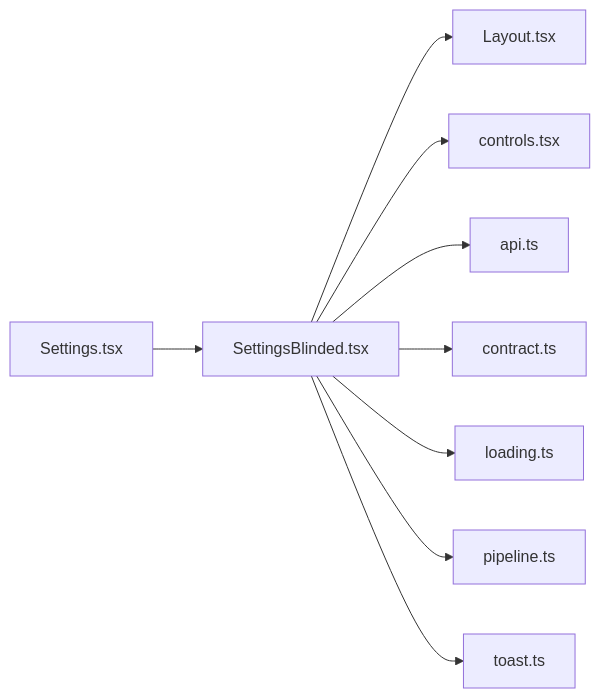
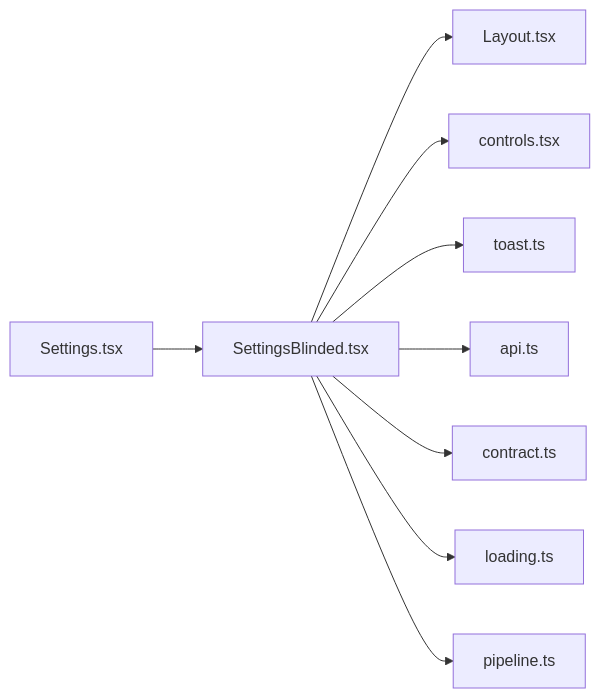
One commit to minkong-dev/Banblit changed the diagram in .cluedoc/graph/frontend/src/routes/SettingsBlinded.md. Above: the diagram before and after it, drawn with Mermaid. The commit also changed other lines of this file and 47 other files, not shown here.

Commit message:
frontend: move toast into components

````diff
--- a/.cluedoc/graph/frontend/src/routes/SettingsBlinded.md
+++ b/.cluedoc/graph/frontend/src/routes/SettingsBlinded.md
@@ -10,12 +10,12 @@
 ```mermaid
 flowchart LR
   frontend_src_routes_SettingsBlinded["SettingsBlinded.tsx"]
   frontend_src_routes_SettingsBlinded --> frontend_src_components_Layout["Layout.tsx"]
   frontend_src_routes_SettingsBlinded --> frontend_src_components_controls["controls.tsx"]
+  frontend_src_routes_SettingsBlinded --> frontend_src_components_toast["toast.ts"]
   frontend_src_routes_SettingsBlinded --> frontend_src_lib_api["api.ts"]
   frontend_src_routes_SettingsBlinded --> frontend_src_lib_contract["contract.ts"]
   frontend_src_routes_SettingsBlinded --> frontend_src_lib_loading["loading.ts"]
   frontend_src_routes_SettingsBlinded --> frontend_src_lib_pipeline["pipeline.ts"]
-  frontend_src_routes_SettingsBlinded --> frontend_src_lib_toast["toast.ts"]
   frontend_src_routes_Settings["Settings.tsx"] --> frontend_src_routes_SettingsBlinded
 ```
````
